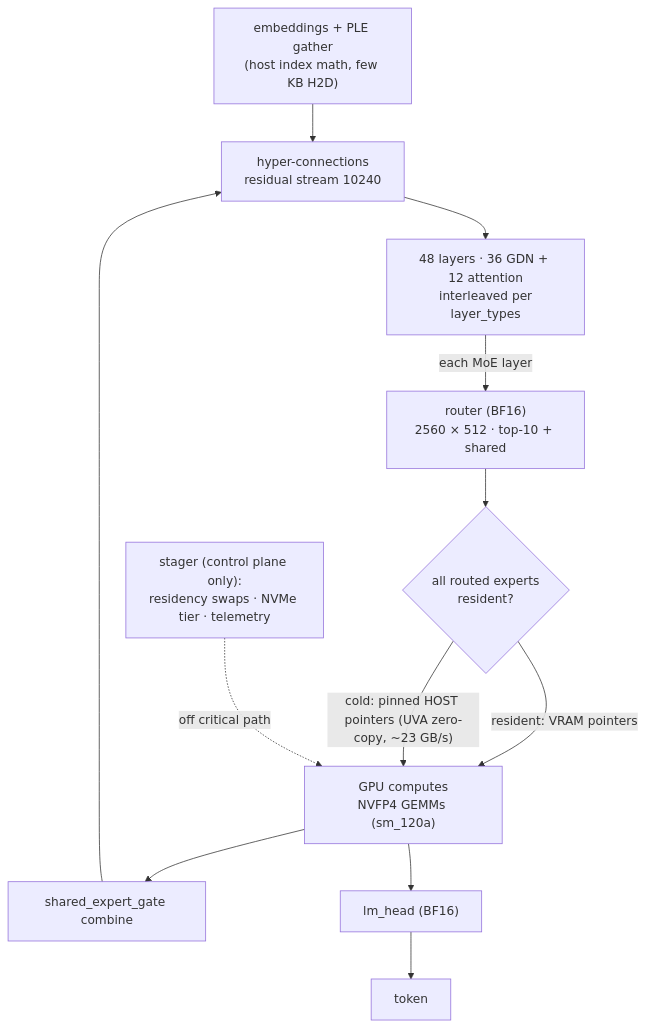
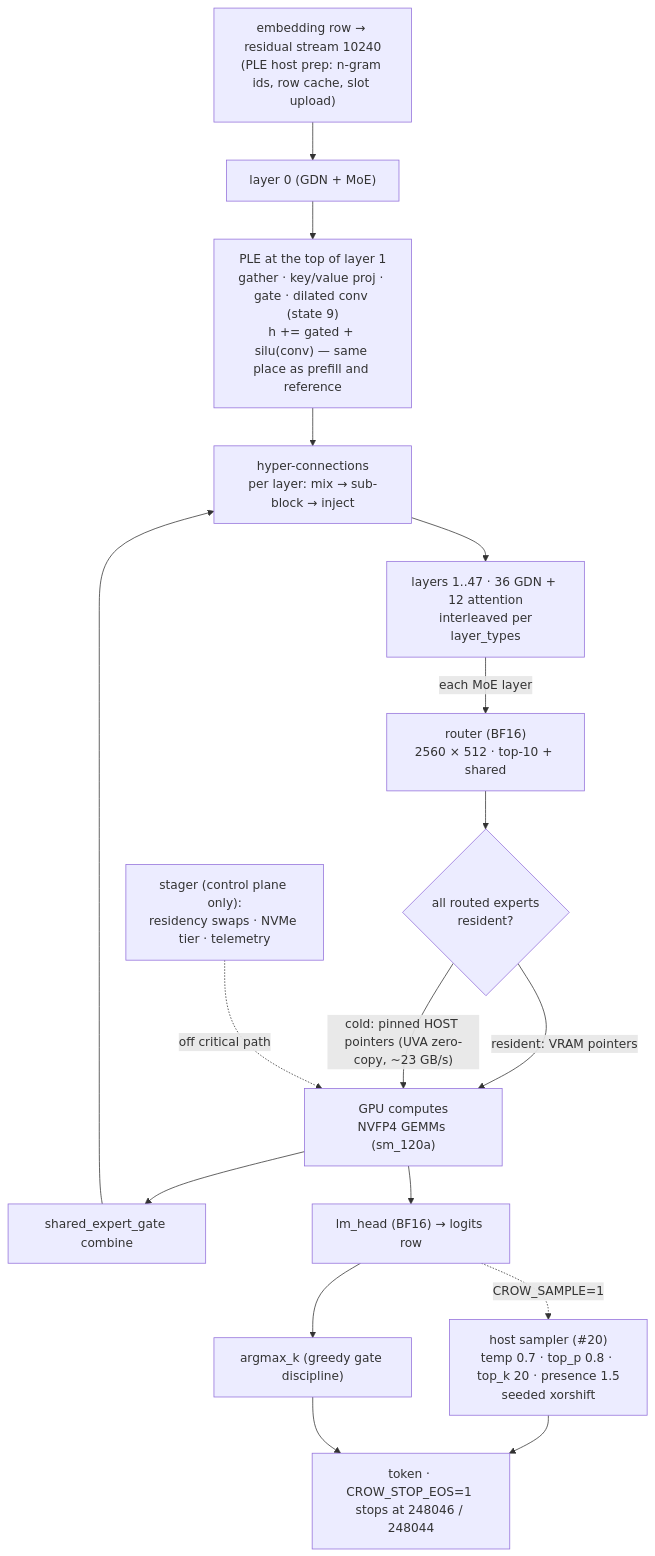
Before and after one commit to nibor1896/crow-nest: the second of 4 diagrams in docs/diagrams.md, drawn with Mermaid. The commit also changed other lines of this file and 15 other files, not shown here.

First line of the commit message:
engine: PLE row-cache batch collision fix (#22), sampling + EOS stop (#20), reload frees + reloadcheck (#18), bundled swaps opt-in (#17), PLE cache default 128 MB (#16), decode parity teacher-forced mode, oracle CROW_PARITY_DIR

````diff
--- a/docs/diagrams.md
+++ b/docs/diagrams.md
@@ -26,12 +26,23 @@
 ```mermaid
 flowchart TB
-    EMB["embeddings + PLE gather\n(host index math, few KB H2D)"] --> HC["hyper-connections\nresidual stream 10240"]
-    HC --> LOOP["48 layers · 36 GDN + 12 attention\n interleaved per layer_types"]
+    EMB["embedding row → residual stream 10240
+(PLE host prep: n-gram ids, row cache, slot upload)"] --> L0["layer 0 (GDN + MoE)"]
+    L0 --> PLE["PLE at the top of layer 1
+gather · key/value proj · gate · dilated conv (state 9)
+h += gated + silu(conv) — same place as prefill and reference"]
+    PLE --> HC["hyper-connections
+per layer: mix → sub-block → inject"]
+    HC --> LOOP["layers 1..47 · 36 GDN + 12 attention
+ interleaved per layer_types"]
     LOOP -->|each MoE layer| RT["router (BF16)\n2560 × 512 · top-10 + shared"]
     RT --> RES{"all routed experts\nresident?"}
     RES -->|"resident: VRAM pointers"| CMP["GPU computes\nNVFP4 GEMMs (sm_120a)"]
     RES -->|"cold: pinned HOST pointers (UVA zero-copy, ~23 GB/s)"| CMP
     CMP --> COMB["shared_expert_gate combine"] --> HC
     STAGER["stager (control plane only):\nresidency swaps · NVMe tier · telemetry"] -.off critical path.-> CMP
-    CMP --> OUT["lm_head (BF16)"] --> TOK["token"]
+    CMP --> OUT["lm_head (BF16) → logits row"] --> ARG["argmax_k (greedy gate discipline)"]
+    OUT -.CROW_SAMPLE=1.-> SMP["host sampler (#20)
+temp 0.7 · top_p 0.8 · top_k 20 · presence 1.5
+seeded xorshift"] --> TOK["token · CROW_STOP_EOS=1 stops at 248046 / 248044"]
+    ARG --> TOK
 ```
````
